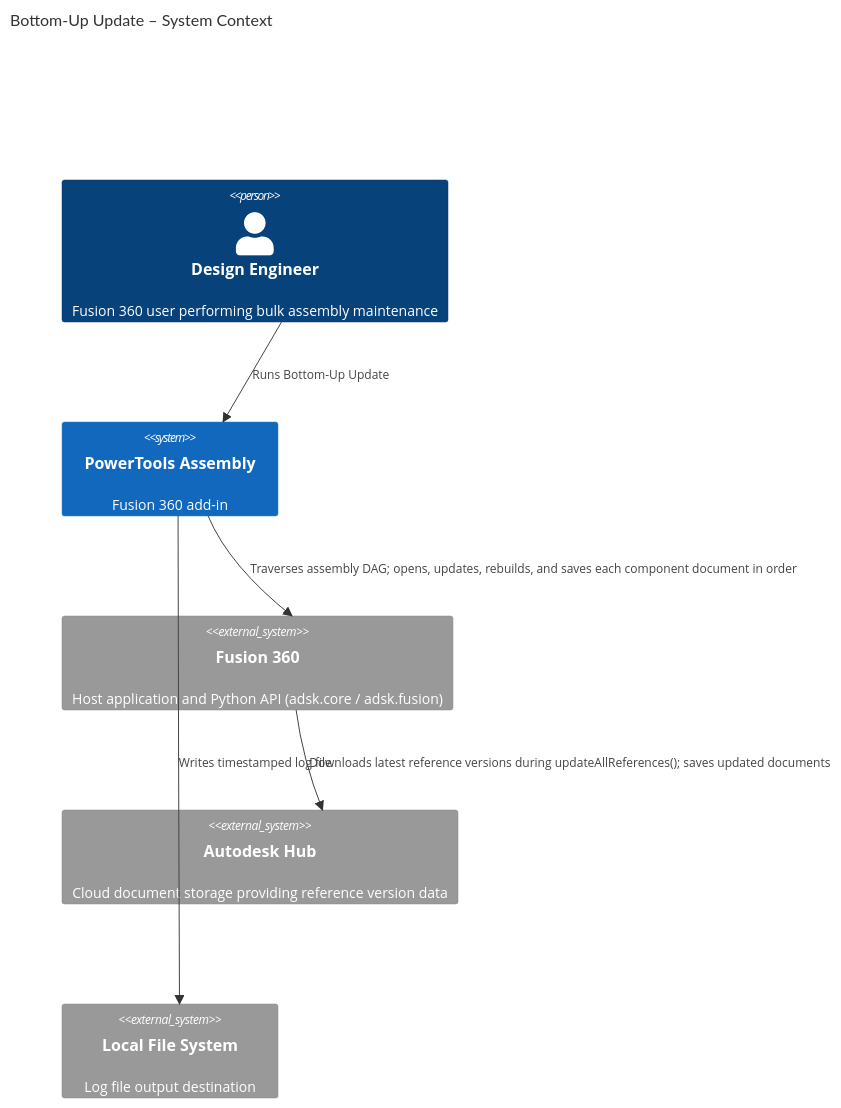
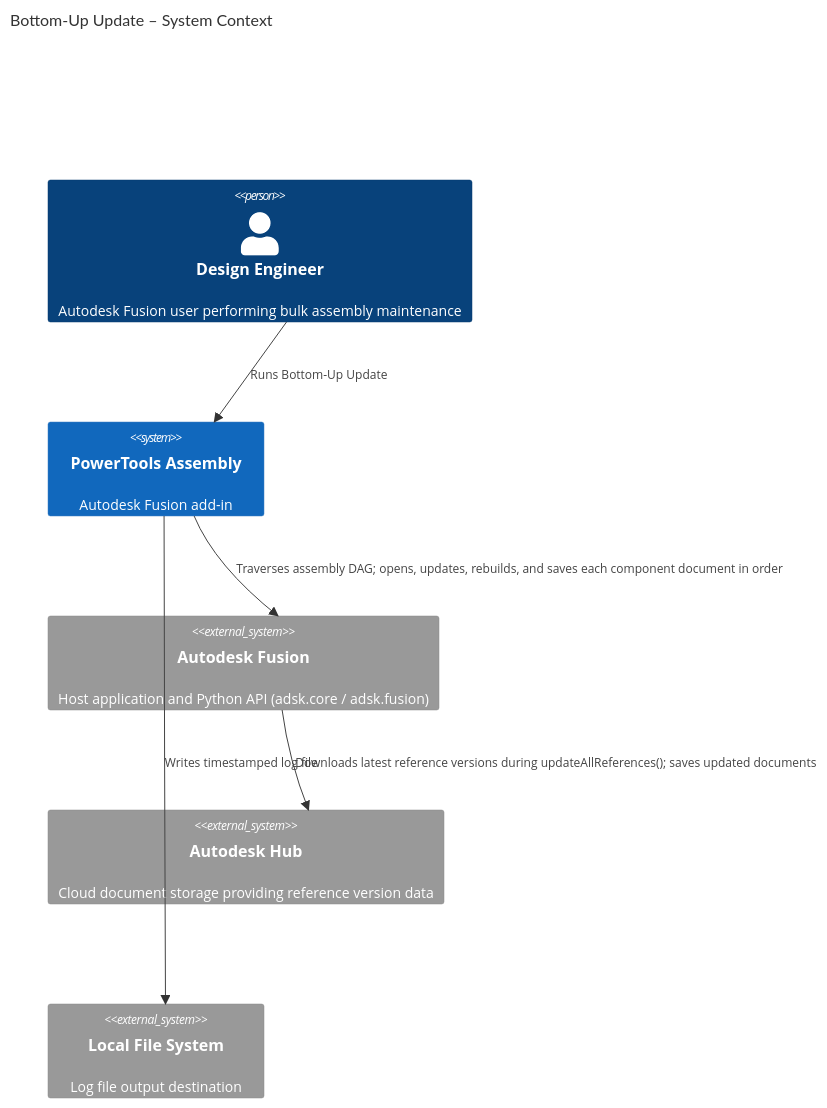
Before and after one commit to schneik80/PowerTools-Assembly: the first of 2 diagrams in docs/Bottom-Up Update.md, drawn with Mermaid. The commit also changed other lines of this file and 9 other files, not shown here.

Commit message:
Update documentation to replace "Fusion 360" with "Autodesk Fusion" for consistency and clarity

````diff
--- a/docs/Bottom-Up Update.md
+++ b/docs/Bottom-Up Update.md
@@ -131,15 +131,15 @@
 ```mermaid
 C4Context
   title Bottom-Up Update – System Context
 
-  Person(user, "Design Engineer", "Fusion 360 user performing bulk assembly maintenance")
-  System(addin, "PowerTools Assembly", "Fusion 360 add-in")
-  System_Ext(fusion, "Fusion 360", "Host application and Python API (adsk.core / adsk.fusion)")
+  Person(user, "Design Engineer", "Autodesk Fusion user performing bulk assembly maintenance")
+  System(addin, "PowerTools Assembly", "Autodesk Fusion add-in")
+  System_Ext(fusion, "Autodesk Fusion", "Host application and Python API (adsk.core / adsk.fusion)")
   System_Ext(hub, "Autodesk Hub", "Cloud document storage providing reference version data")
   System_Ext(fs, "Local File System", "Log file output destination")
 
   Rel(user, addin, "Runs Bottom-Up Update")
   Rel(addin, fusion, "Traverses assembly DAG; opens, updates, rebuilds, and saves each component document in order")
   Rel(fusion, hub, "Downloads latest reference versions during updateAllReferences(); saves updated documents")
   Rel(addin, fs, "Writes timestamped log file")
 ```
````
